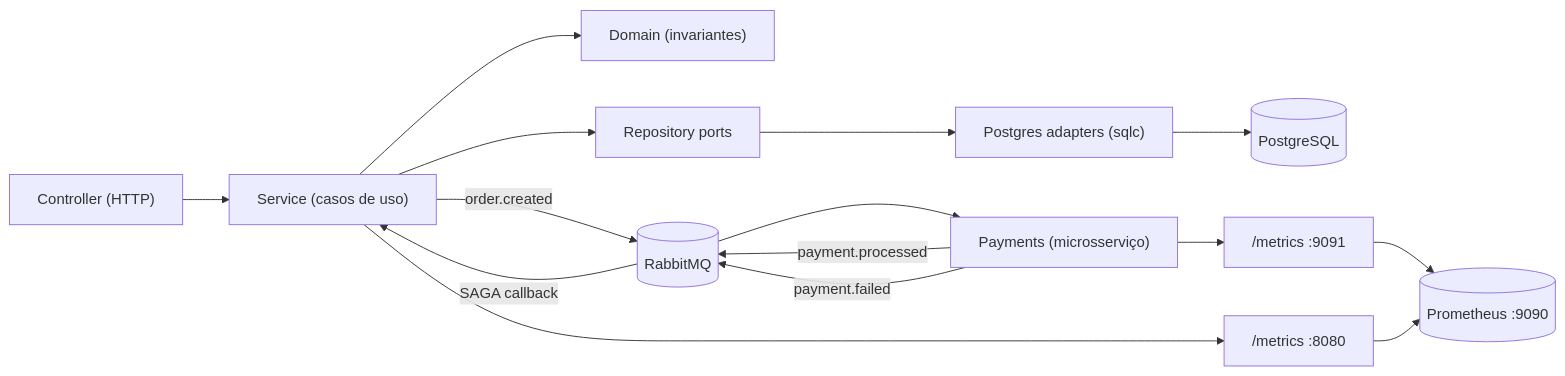
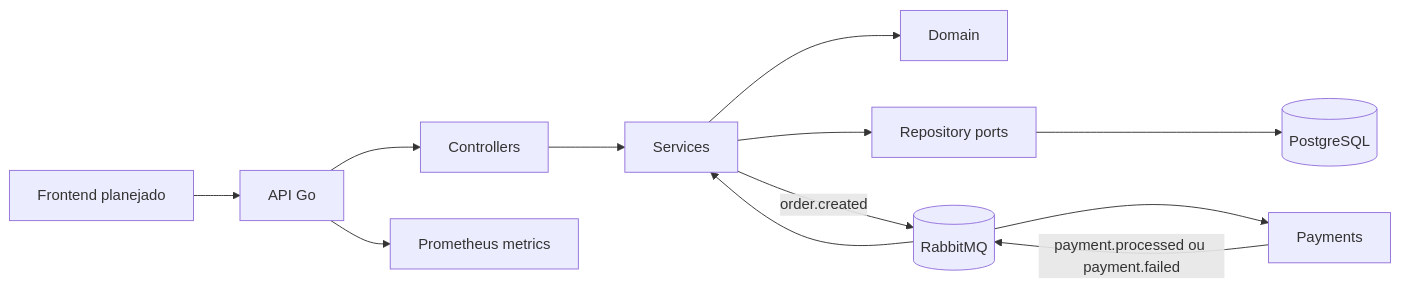
The first of 2 diagrams in README.md (MarceloRodrigues1853/ada_go-desafio_pedidos), drawn with Mermaid before and after one commit. The commit also changed other lines of this file and 5 other files, not shown here.

````diff
--- a/README.md
+++ b/README.md
@@ -18,18 +25,14 @@
 ```mermaid
 flowchart LR
-    C["Controller (HTTP)"] --> S["Service (casos de uso)"]
-    S --> D["Domain (invariantes)"]
-    S --> R["Repository ports"]
-    R --> P["Postgres adapters (sqlc)"]
-    P --> DB[(PostgreSQL)]
-
-    S -->|"order.created"| RB[(RabbitMQ)]
-    RB --> PM["Payments (microsserviço)"]
-    PM -->|"payment.processed"| RB
-    PM -->|"payment.failed"| RB
-    RB -->|"SAGA callback"| S
-    PM --> MET["/metrics :9091"]
-    S --> MET2["/metrics :8080"]
-    MET --> PR[(Prometheus :9090)]
-    MET2 --> PR
+    UI[Frontend planejado] --> API[API Go]
+    API --> C[Controllers]
+    C --> S[Services]
+    S --> D[Domain]
+    S --> R[Repository ports]
+    R --> PG[(PostgreSQL)]
+    S -->|order.created| MQ[(RabbitMQ)]
+    MQ --> PAY[Payments]
+    PAY -->|payment.processed ou payment.failed| MQ
+    MQ --> S
+    API --> MET[Prometheus metrics]
 ```
````
